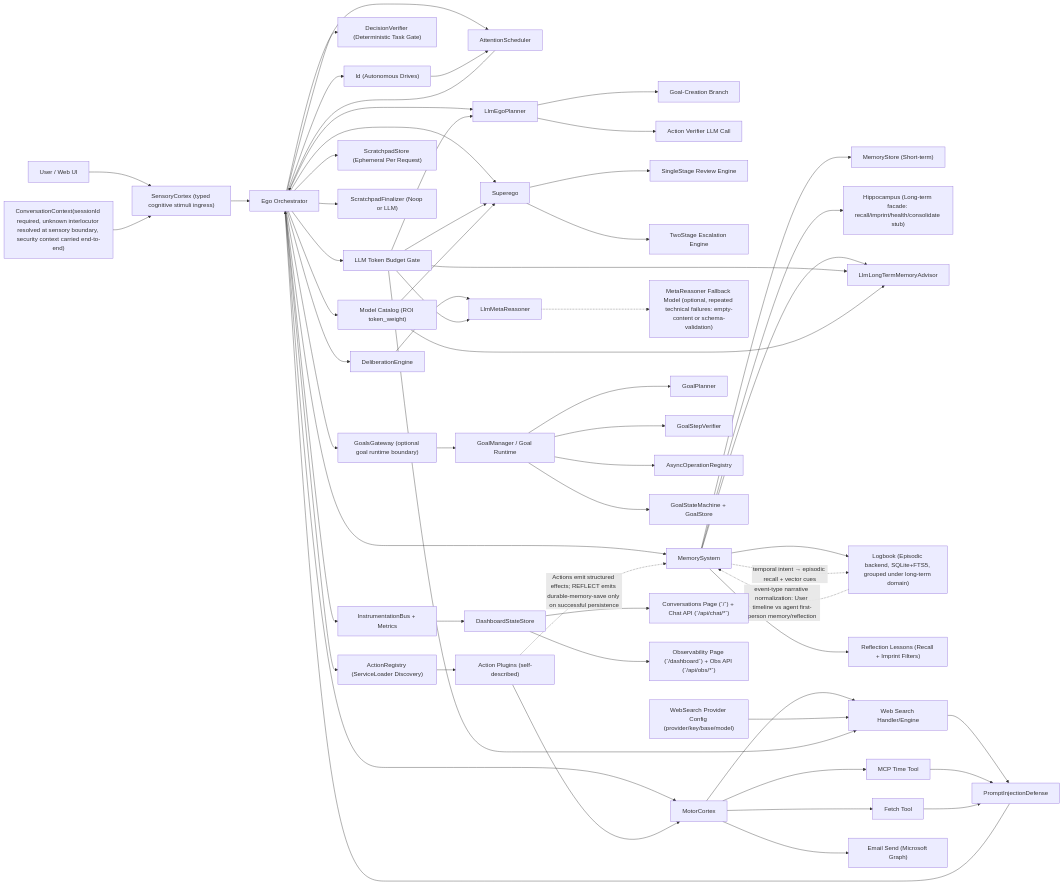
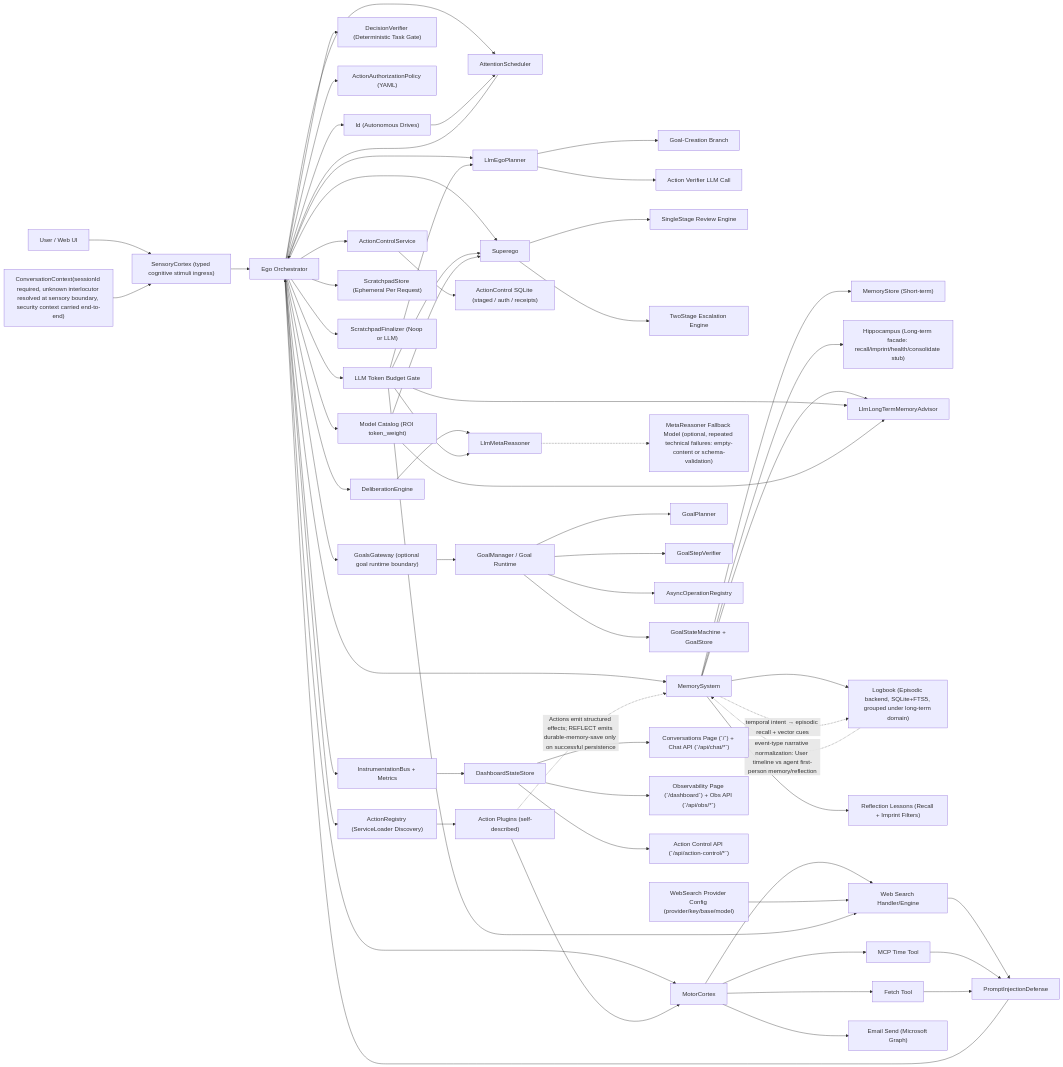
Before and after one commit to neopsyke/NeoPsyke: the first of 7 diagrams in AGENT_LOGIC_DIAGRAM.md, drawn with Mermaid. The commit also changed other lines of this file and 29 other files, not shown here.

First line of the commit message:
feat(security): add staged action control runtime

````diff
--- a/AGENT_LOGIC_DIAGRAM.md
+++ b/AGENT_LOGIC_DIAGRAM.md
@@ -8,71 +8,75 @@
 ```mermaid
 flowchart LR
     U["User / Web UI"] --> SC["SensoryCortex (typed cognitive stimuli ingress)"]
     SC --> E["Ego Orchestrator"]
     NoteCtx["ConversationContext(sessionId required, unknown interlocutor resolved at sensory boundary, security context carried end-to-end)"] --> SC
 
     E --> AS["AttentionScheduler"]
     AS --> E
     ID["Id (Autonomous Drives)"] --> AS
     E --> ID
 
     E --> P["LlmEgoPlanner"]
     P --> GBR["Goal-Creation Branch"]
     P --> AV["Action Verifier LLM Call"]
     E --> TV["DecisionVerifier (Deterministic Task Gate)"]
     E --> S["Superego"]
     S --> S1["SingleStage Review Engine"]
     S --> S2["TwoStage Escalation Engine"]
+    E --> ACP["ActionAuthorizationPolicy (YAML)"]
+    E --> ACS["ActionControlService"]
+    ACS --> ACDB["ActionControl SQLite (staged / auth / receipts)"]
     E --> AR["ActionRegistry (ServiceLoader Discovery)"]
     E --> M["MotorCortex"]
     E --> BG["LLM Token Budget Gate"]
     E --> MCat["Model Catalog (ROI token_weight)"]
 
     E --> DE["DeliberationEngine"]
     DE --> MR["LlmMetaReasoner"]
     MR -.-> MRF["MetaReasoner Fallback Model (optional, repeated technical failures: empty-content or schema-validation)"]
 
     E --> MC["MemorySystem"]
     MC --> MS["MemoryStore (Short-term)"]
     MC --> H["Hippocampus (Long-term facade: recall/imprint/health/consolidate stub)"]
     MC --> LTM["LlmLongTermMemoryAdvisor"]
     MC --> LB["Logbook (Episodic backend, SQLite+FTS5, grouped under long-term domain)"]
     LB -.->|"event-type narrative normalization: User timeline vs agent first-person memory/reflection"| MC
     MC --> RL["Reflection Lessons (Recall + Imprint Filters)"]
     MC -.->|"temporal intent → episodic recall + vector cues"| LB
     E --> TWS["ScratchpadStore (Ephemeral Per Request)"]
     E --> TWF["ScratchpadFinalizer (Noop or LLM)"]
     E --> PG["GoalsGateway (optional goal runtime boundary)"]
     PG --> PM["GoalManager / Goal Runtime"]
     PM --> PP["GoalPlanner"]
     PM --> PV["GoalStepVerifier"]
     PM --> AOR["AsyncOperationRegistry"]
     PM --> PS["GoalStateMachine + GoalStore"]
 
     AR --> AP["Action Plugins (self-described)"]
     AP --> M
     AP -.->|"Actions emit structured effects; REFLECT emits durable-memory-save only on successful persistence"| MC
 
     M --> WS["Web Search Handler/Engine"]
     CfgWS["WebSearch Provider Config (provider/key/base/model)"] --> WS
     M --> MT["MCP Time Tool"]
     M --> MF["Fetch Tool"]
     M --> EM["Email Send (Microsoft Graph)"]
     WS --> PID["PromptInjectionDefense"]
     MT --> PID
     MF --> PID
     PID --> E
 
     BG --> P
     BG --> S
     BG --> MR
     BG --> LTM
     BG --> WS
     MCat --> S
     MCat --> LTM
 
     E --> I["InstrumentationBus + Metrics"]
     I --> DS["DashboardStateStore"]
     DS --> CP["Conversations Page (`/`) + Chat API (`/api/chat/*`)"]
     DS --> OP["Observability Page (`/dashboard`) + Obs API (`/api/obs/*`)"]
+    DS --> ACAPI["Action Control API (`/api/action-control/*`)"]
 ```
````
